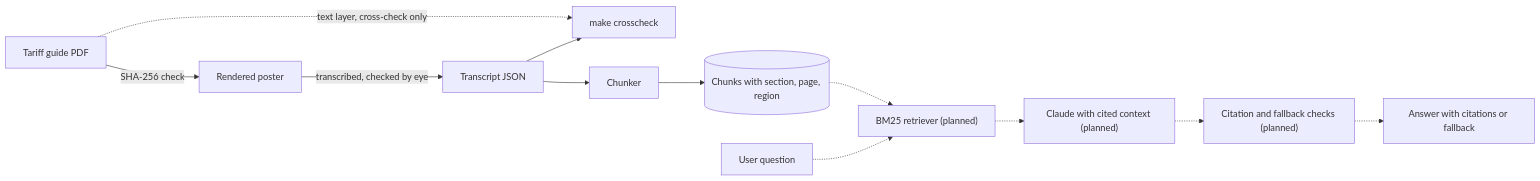
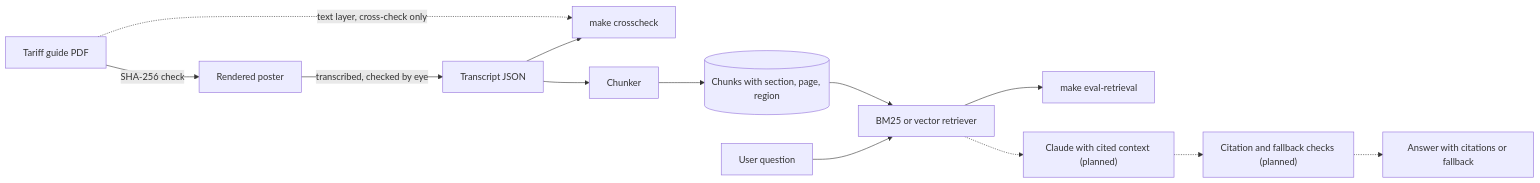
One commit to MoigeMatino/tariff-rag changed the diagram in README.md. Above: the diagram before and after it, drawn with Mermaid. The commit also changed other lines of this file and 1 other file, not shown here.

````diff
--- a/README.md
+++ b/README.md
@@ -26,14 +26,15 @@
 ```mermaid
 flowchart LR
     pdf["Tariff guide PDF"] -->|"SHA-256 check"| tiles["Rendered poster"]
     tiles -->|"transcribed, checked by eye"| transcript["Transcript JSON"]
     pdf -.->|"text layer, cross-check only"| crosscheck["make crosscheck"]
     transcript --> crosscheck
     transcript --> chunker["Chunker"]
     chunker --> chunks[("Chunks with section, page, region")]
-    chunks -.-> retriever["BM25 retriever (planned)"]
-    question["User question"] -.-> retriever
+    chunks --> retriever["BM25 or vector retriever"]
+    question["User question"] --> retriever
+    retriever --> reval["make eval-retrieval"]
     retriever -.-> llm["Claude with cited context (planned)"]
     llm -.-> checks["Citation and fallback checks (planned)"]
     checks -.-> answer["Answer with citations or fallback"]
 ```
````
